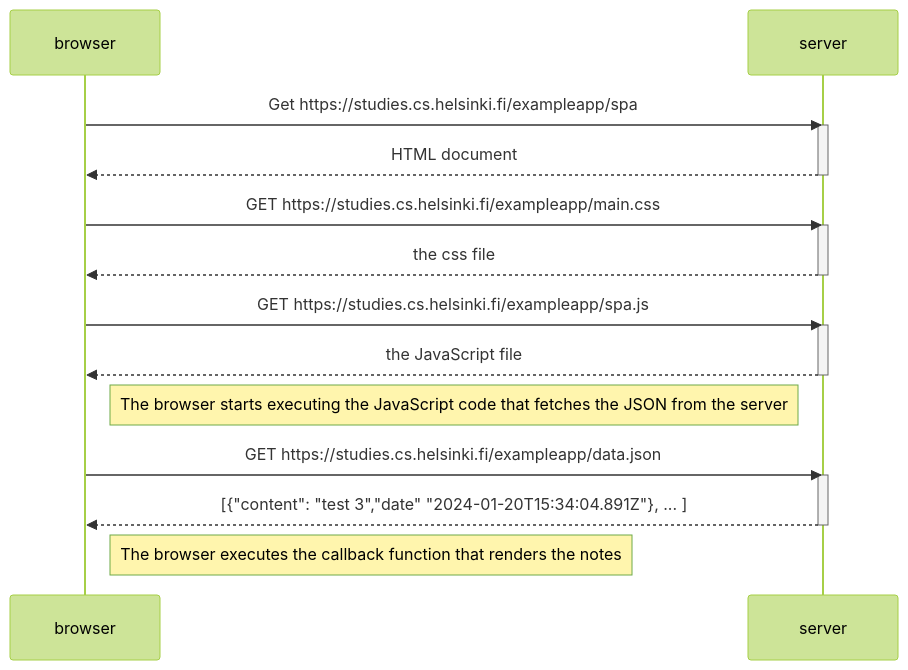
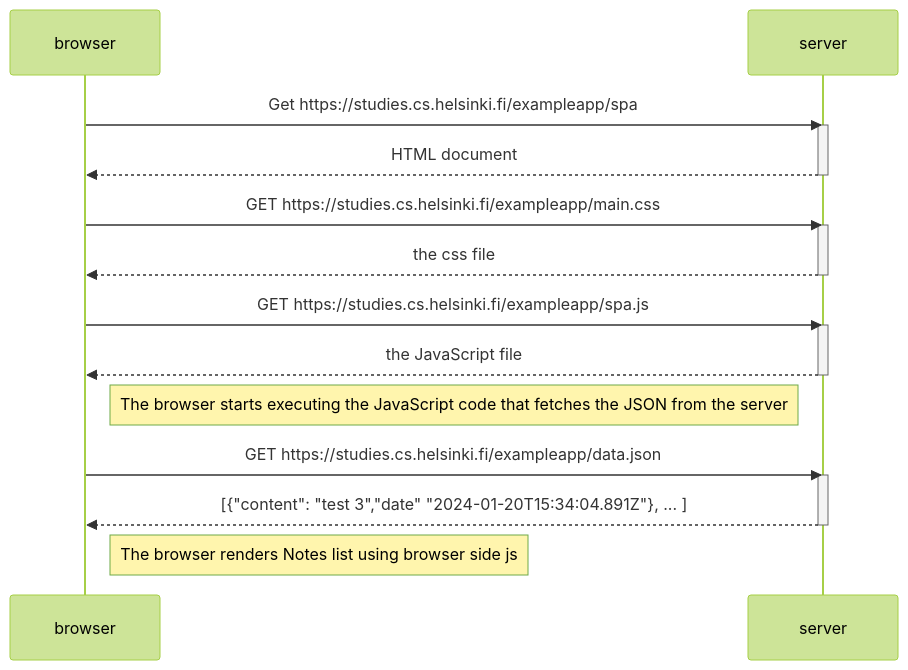
The diagram in part0/Ex5.md (Jpearson6/fullStackReact), drawn with Mermaid (forest theme) before and after one commit.

````diff
--- a/part0/Ex5.md
+++ b/part0/Ex5.md
@@ -1,29 +1,29 @@
 ```mermaid
 sequenceDiagram
     participant browser
     participant server
 
     browser->>server: Get https://studies.cs.helsinki.fi/exampleapp/spa
     activate server
     server-->>browser: HTML document
     deactivate server
 
     browser->>server: GET https://studies.cs.helsinki.fi/exampleapp/main.css
     activate server
     server-->>browser: the css file
     deactivate server
 
     browser->>server: GET https://studies.cs.helsinki.fi/exampleapp/spa.js
     activate server
     server-->>browser: the JavaScript file
     deactivate server
 
     Note right of browser: The browser starts executing the JavaScript code that fetches the JSON from the server
 
     browser->>server: GET https://studies.cs.helsinki.fi/exampleapp/data.json
     activate server
     server-->>browser: [{"content": "test 3","date" "2024-01-20T15:34:04.891Z"}, ... ]
     deactivate server
 
-    Note right of browser: The browser executes the callback function that renders the notes
+    Note right of browser: The browser renders Notes list using browser side js
 ```
````
